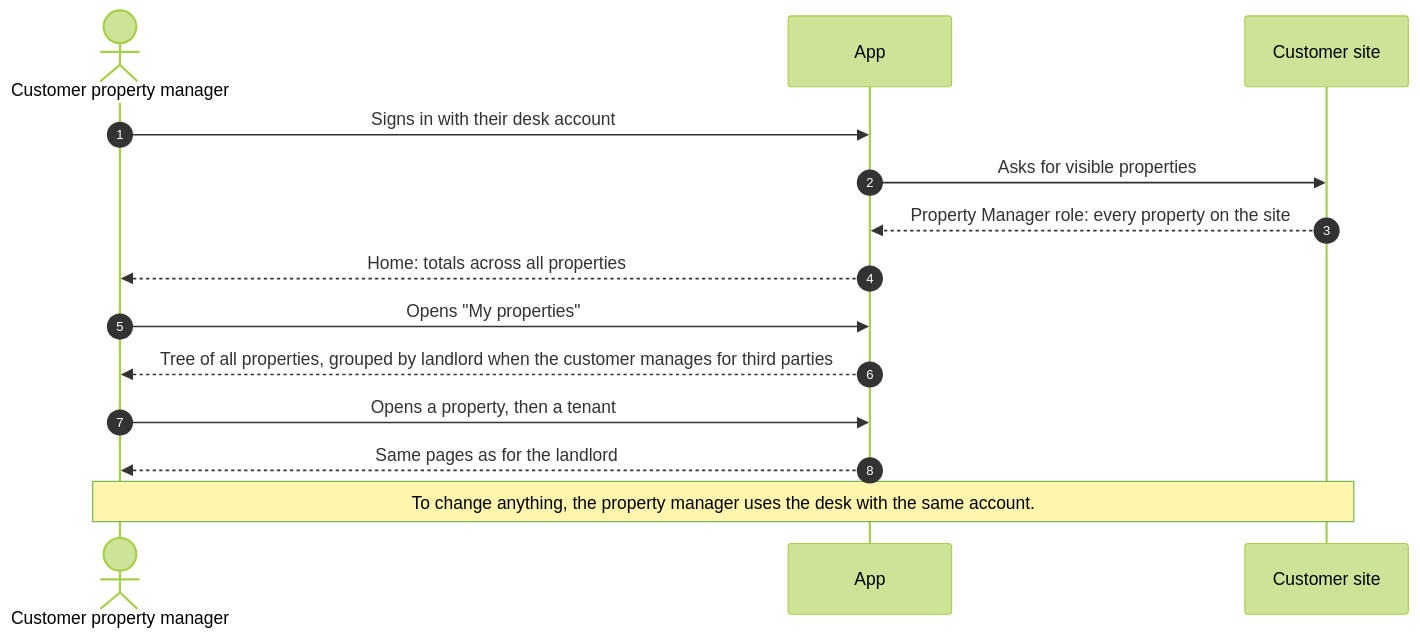
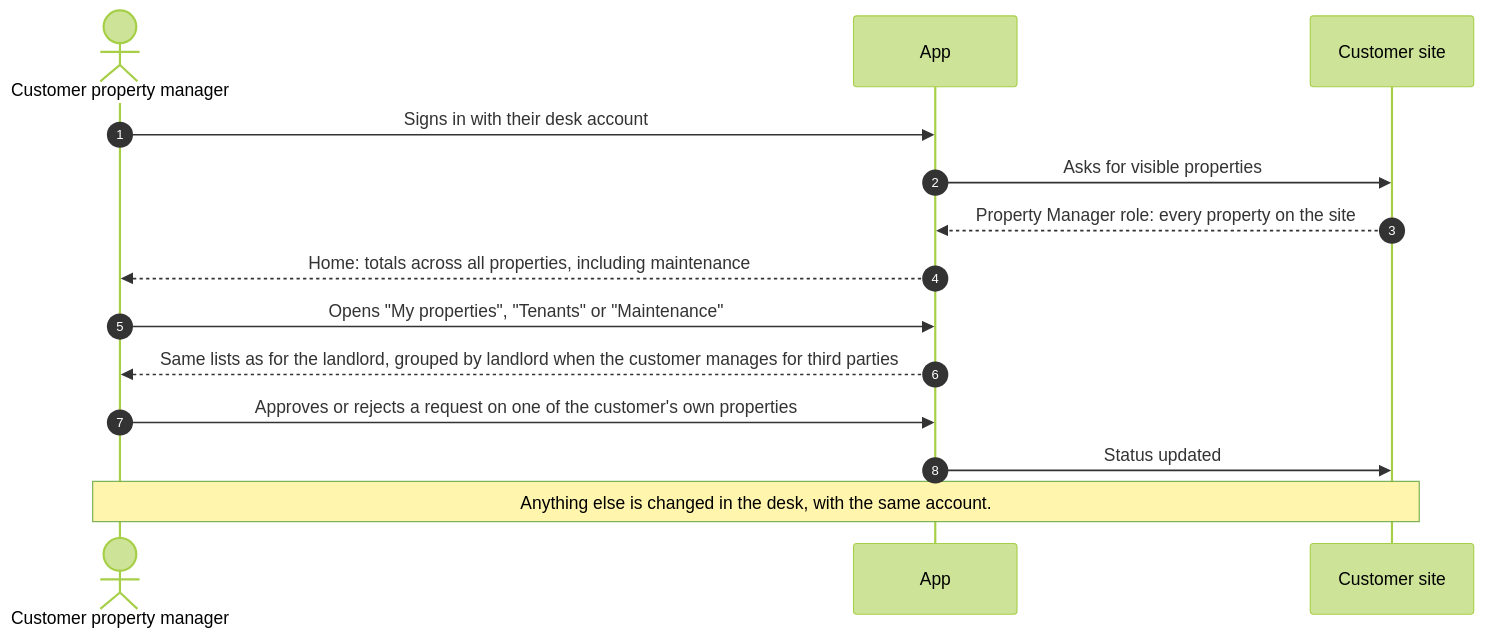
One commit to skyengpro/skyeng_immo changed the sixth of 7 diagrams in doc/app-usage-flows-immo.md. Above: the diagram before and after it, drawn with Mermaid (forest theme). The commit also changed other lines of this file and 4 other files, not shown here.

Commit message:
feat: update app usage flows and screens documentation for property management

````diff
--- a/doc/app-usage-flows-immo.md
+++ b/doc/app-usage-flows-immo.md
@@ -136,17 +182,17 @@
 ```mermaid
 sequenceDiagram
     autonumber
     actor G as Customer property manager
     participant A as App
     participant D as Customer site
 
     G->>A: Signs in with their desk account
     A->>D: Asks for visible properties
     D-->>A: Property Manager role: every property on the site
-    A-->>G: Home: totals across all properties
-    G->>A: Opens "My properties"
-    A-->>G: Tree of all properties, grouped by landlord when the customer manages for third parties
-    G->>A: Opens a property, then a tenant
-    A-->>G: Same pages as for the landlord
-    Note over G,D: To change anything, the property manager uses the desk with the same account.
+    A-->>G: Home: totals across all properties, including maintenance
+    G->>A: Opens "My properties", "Tenants" or "Maintenance"
+    A-->>G: Same lists as for the landlord, grouped by landlord when the customer manages for third parties
+    G->>A: Approves or rejects a request on one of the customer's own properties
+    A->>D: Status updated
+    Note over G,D: Anything else is changed in the desk, with the same account.
 ```
````
